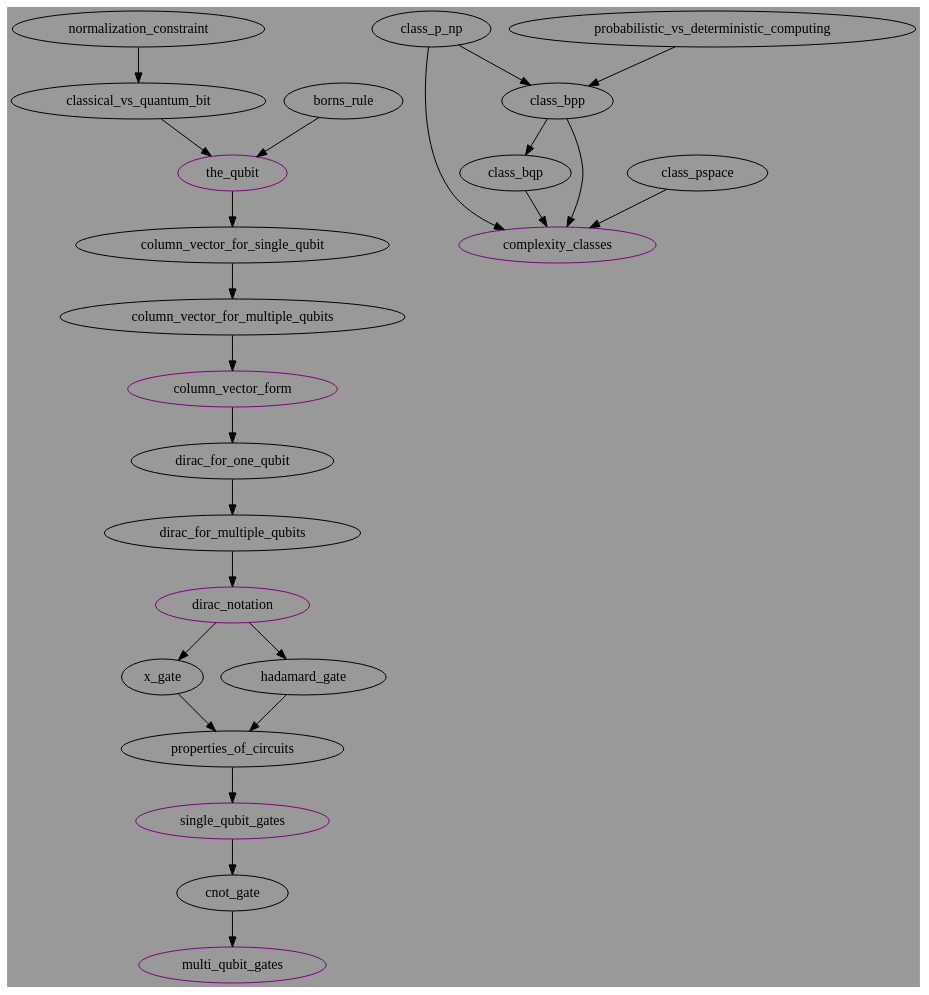
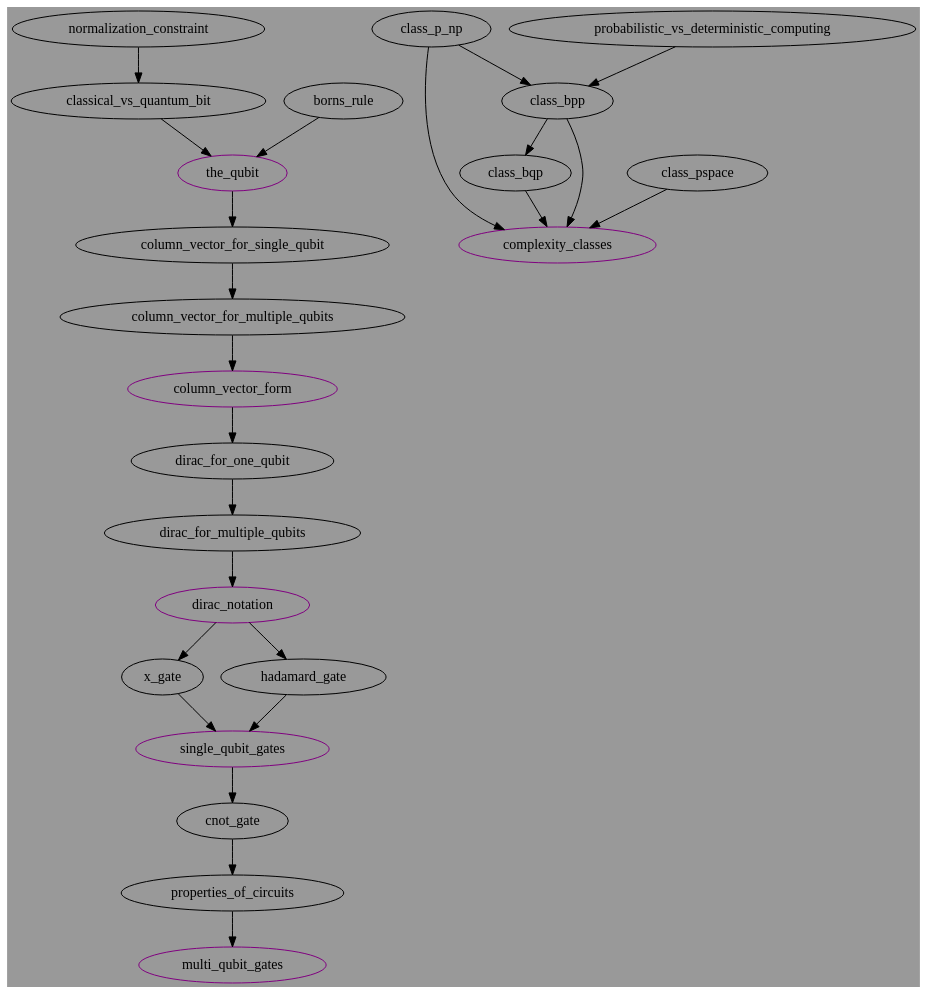
One commit to NoleStites/STEM-REx changed the diagram in AI_DOT_Files/graph.gv. Above: the diagram before and after it, drawn with Graphviz. The commit also changed 1 other file, not shown here.

Commit message:
Restructured graph

```diff
--- a/AI_DOT_Files/graph.gv
+++ b/AI_DOT_Files/graph.gv
@@ -1,42 +1,42 @@
 /*
 To compile into a png:
 dot -Tpng graph.gv -o graph.png
 */
 
 
 digraph 
 {
 	bgcolor="#999999"
 	
 	// Graph 1: main quantum content
 	"dirac_for_multiple_qubits" -> "dirac_notation";
 	"dirac_for_one_qubit" -> "dirac_for_multiple_qubits";
 	"column_vector_for_multiple_qubits" -> "column_vector_form";
 	"column_vector_form" -> "dirac_for_one_qubit";
 	"column_vector_for_single_qubit" -> "column_vector_for_multiple_qubits";
 	{"classical_vs_quantum_bit" "borns_rule"} -> "the_qubit";
 	"the_qubit" -> "column_vector_for_single_qubit";
 	"normalization_constraint" -> "classical_vs_quantum_bit";
 	"dirac_notation" -> {"x_gate" "hadamard_gate"};
-	{"x_gate" "hadamard_gate"} -> "properties_of_circuits";
-	"properties_of_circuits" -> "single_qubit_gates";
+	{"x_gate" "hadamard_gate"} -> "single_qubit_gates";
+	"properties_of_circuits" -> "multi_qubit_gates";
 	"single_qubit_gates" -> "cnot_gate";
-	"cnot_gate" -> "multi_qubit_gates";
+	"cnot_gate" -> "properties_of_circuits";
 
 	// Graph 1 summaries
 	"the_qubit"[color="purple"];
 	"column_vector_form"[color="purple"];
 	"dirac_notation"[color="purple"];
 	"single_qubit_gates"[color="purple"];
 	"multi_qubit_gates"[color="purple"];
 
 	// Graph 2: complexity classes
 	"class_bqp" -> "complexity_classes";
 	"class_bpp" -> {"class_bqp" "complexity_classes"};
 	"class_p_np" -> {"class_bpp" "complexity_classes"};
 	"class_pspace" -> "complexity_classes";
 	"probabilistic_vs_deterministic_computing" -> "class_bpp";
 
 	// Graph 2 summaries
 	"complexity_classes"[color="purple"];
 }
```
